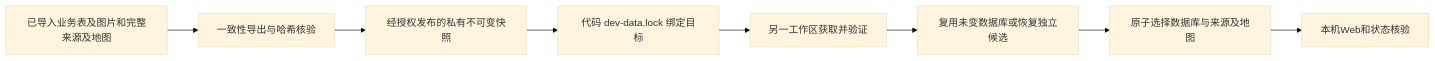
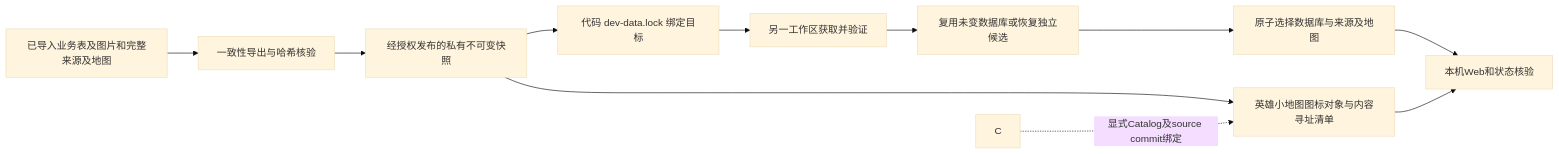
Before and after one commit to CharlesLiuyx/Medota2: the second of 2 diagrams in docs/architecture/data-flow.md, drawn with Mermaid (base theme). The commit also changed other lines of this file and 52 other files, not shown here.

````diff
--- a/docs/architecture/data-flow.md
+++ b/docs/architecture/data-flow.md
@@ -54,10 +59,13 @@
 ```mermaid
 flowchart LR
     L[已导入业务表及图片和完整来源及地图] --> E[一致性导出与哈希核验]
     E --> P[经授权发布的私有不可变快照]
     P --> K[代码 dev-data.lock 绑定目标]
     K --> F[另一工作区获取并验证]
     F --> R[复用未变数据库或恢复独立候选]
     R --> A[原子选择数据库与来源及地图]
-    A --> W[本机Web和状态核验]
+    A --> W
+    P --> MI[英雄小地图图标对象与内容寻址清单]
+    C -. 显式Catalog及source commit绑定 .-> MI
+    MI --> W[本机Web和状态核验]
 ```
````
